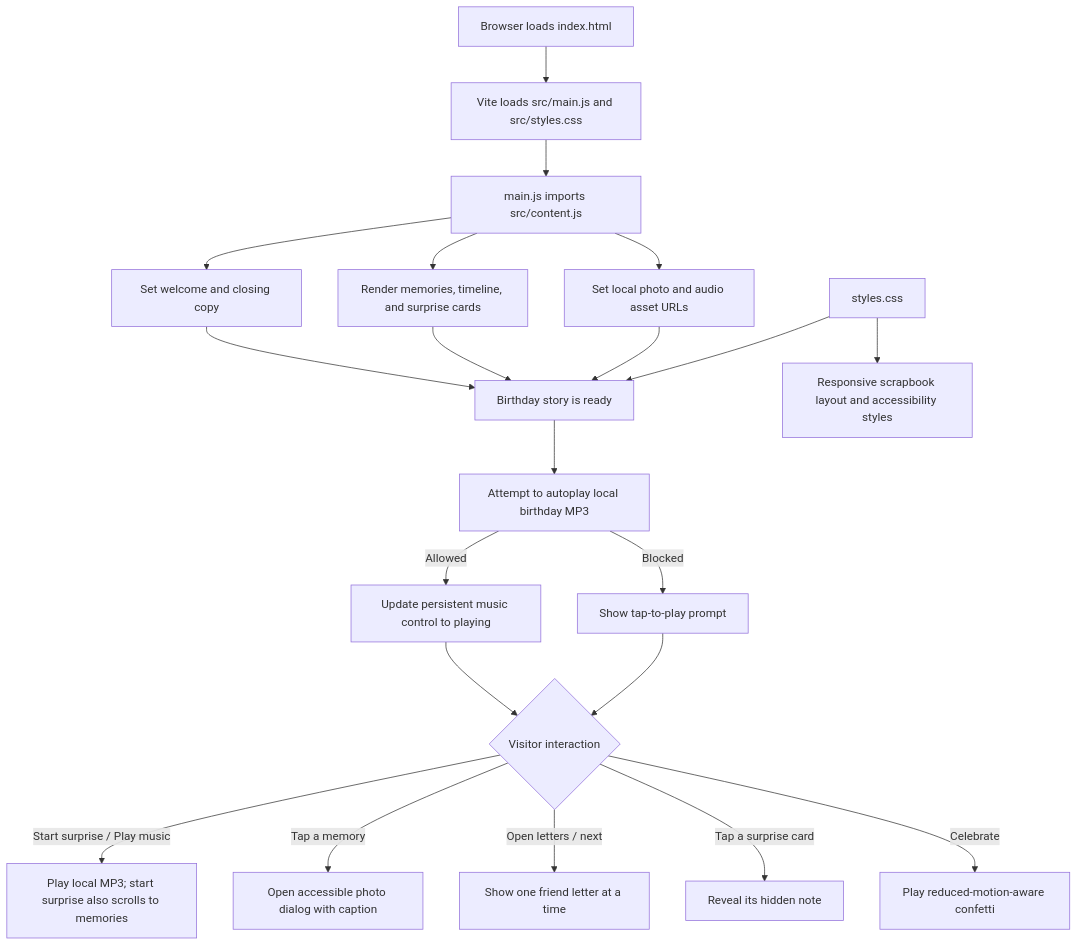
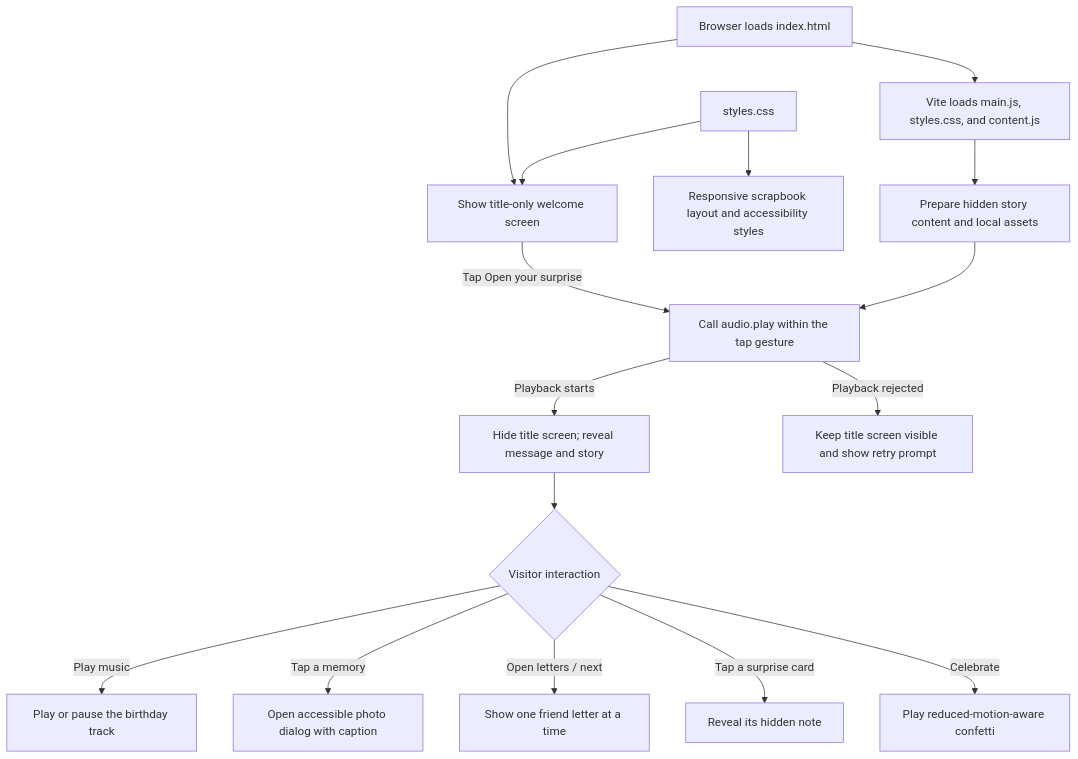
The diagram in docs/architecture.md (KXLM10/angie-birthday-website-26-11-2026), drawn with Mermaid before and after one commit. The commit also changed other lines of this file and 4 other files, not shown here.

Commit message:
feat: reveal birthday story after music starts

````diff
--- a/docs/architecture.md
+++ b/docs/architecture.md
@@ -7,23 +7,18 @@
 ```mermaid
 flowchart TD
-  A[Browser loads index.html] --> B[Vite loads src/main.js and src/styles.css]
-  B --> C[main.js imports src/content.js]
-  C --> D[Set welcome and closing copy]
-  C --> E[Render memories, timeline, and surprise cards]
-  C --> F[Set local photo and audio asset URLs]
-  D --> G[Birthday story is ready]
-  E --> G
-  F --> G
-  G --> H[Attempt to autoplay local birthday MP3]
-  H -->|Allowed| I[Update persistent music control to playing]
-  H -->|Blocked| I2[Show tap-to-play prompt]
-  I --> J{Visitor interaction}
-  I2 --> J
-  J -->|Start surprise / Play music| K[Play local MP3; start surprise also scrolls to memories]
-  J -->|Tap a memory| L[Open accessible photo dialog with caption]
-  J -->|Open letters / next| M[Show one friend letter at a time]
-  J -->|Tap a surprise card| N[Reveal its hidden note]
-  J -->|Celebrate| O[Play reduced-motion-aware confetti]
-  P[styles.css] --> G
-  P --> Q[Responsive scrapbook layout and accessibility styles]
+  A[Browser loads index.html] --> B[Show title-only welcome screen]
+  A --> C[Vite loads main.js, styles.css, and content.js]
+  C --> D[Prepare hidden story content and local assets]
+  B -->|Tap Open your surprise| E[Call audio.play within the tap gesture]
+  D --> E
+  E -->|Playback starts| F[Hide title screen; reveal message and story]
+  E -->|Playback rejected| R[Keep title screen visible and show retry prompt]
+  F --> G{Visitor interaction}
+  G -->|Play music| H[Play or pause the birthday track]
+  G -->|Tap a memory| I[Open accessible photo dialog with caption]
+  G -->|Open letters / next| J[Show one friend letter at a time]
+  G -->|Tap a surprise card| K[Reveal its hidden note]
+  G -->|Celebrate| L[Play reduced-motion-aware confetti]
+  M[styles.css] --> B
+  M --> N[Responsive scrapbook layout and accessibility styles]
 ```
````
